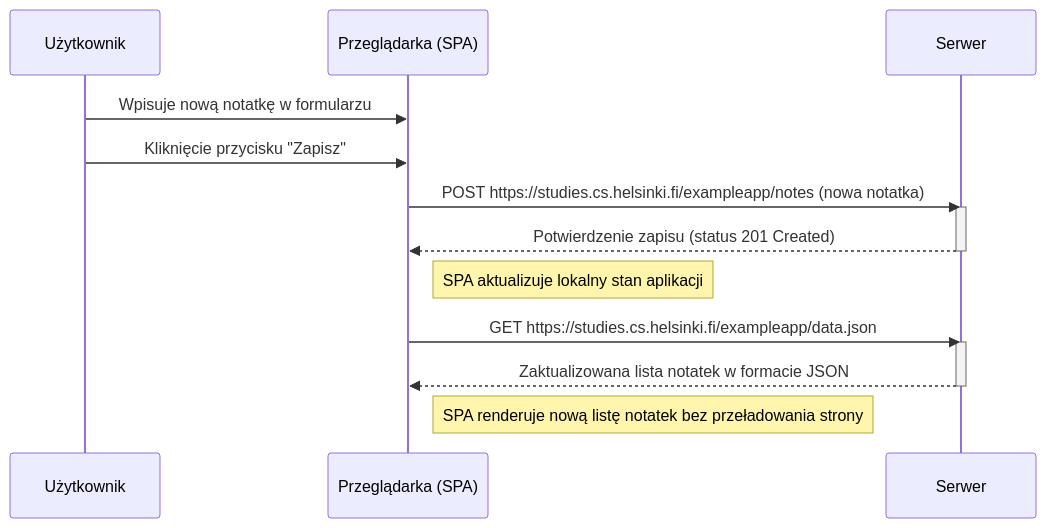
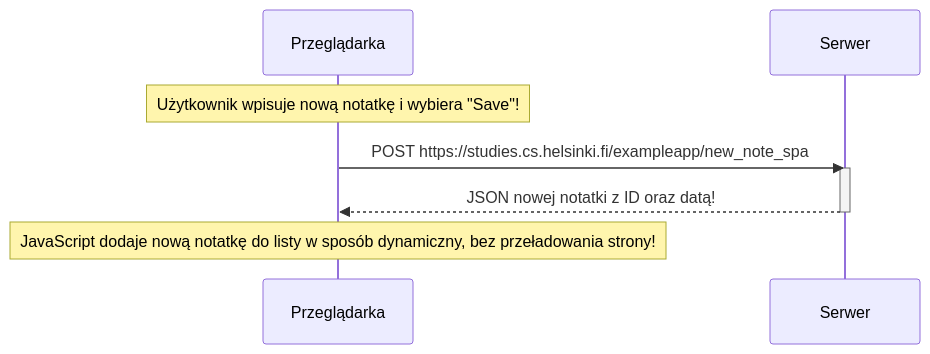
Before and after one commit to Pjioterr/Taustyka: the diagram in Diagram0.6.mmd, drawn with Mermaid.

```diff
--- a/Diagram0.6.mmd
+++ b/Diagram0.6.mmd
@@ -1,20 +1,11 @@
 sequenceDiagram
-    participant User as Użytkownik
-    participant Browser as Przeglądarka (SPA)
-    participant Server as Serwer
+    participant browser as Przeglądarka
+    participant server as Serwer
 
-    User->>Browser: Wpisuje nową notatkę w formularzu
-    User->>Browser: Kliknięcie przycisku "Zapisz"
-    Browser->>Server: POST https://studies.cs.helsinki.fi/exampleapp/notes (nowa notatka)
-    activate Server
-    Server-->>Browser: Potwierdzenie zapisu (status 201 Created)
-    deactivate Server
+    Note over browser: Użytkownik wpisuje nową notatkę i wybiera "Save"!
+    browser->>server: POST https://studies.cs.helsinki.fi/exampleapp/new_note_spa
+    activate server
+    server-->>browser: JSON nowej notatki z ID oraz datą!
+    deactivate server
 
-    Note right of Browser: SPA aktualizuje lokalny stan aplikacji
-
-    Browser->>Server: GET https://studies.cs.helsinki.fi/exampleapp/data.json
-    activate Server
-    Server-->>Browser: Zaktualizowana lista notatek w formacie JSON
-    deactivate Server
-
-    Note right of Browser: SPA renderuje nową listę notatek bez przeładowania strony
+    Note over browser: JavaScript dodaje nową notatkę do listy w sposób dynamiczny, bez przeładowania strony!
```
